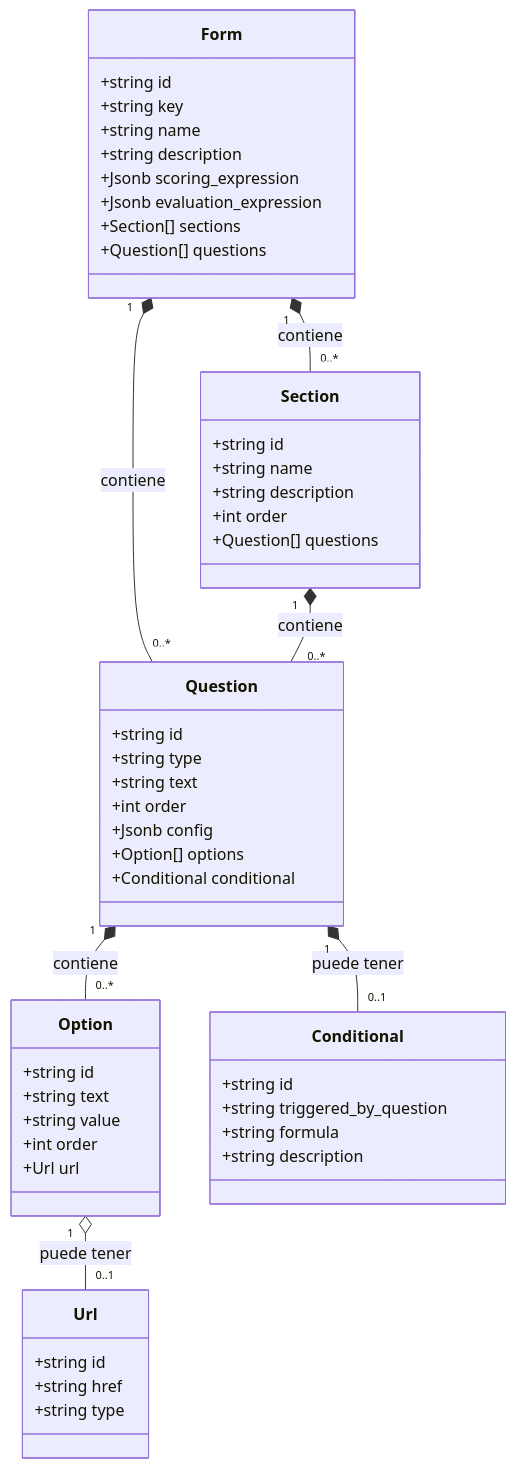
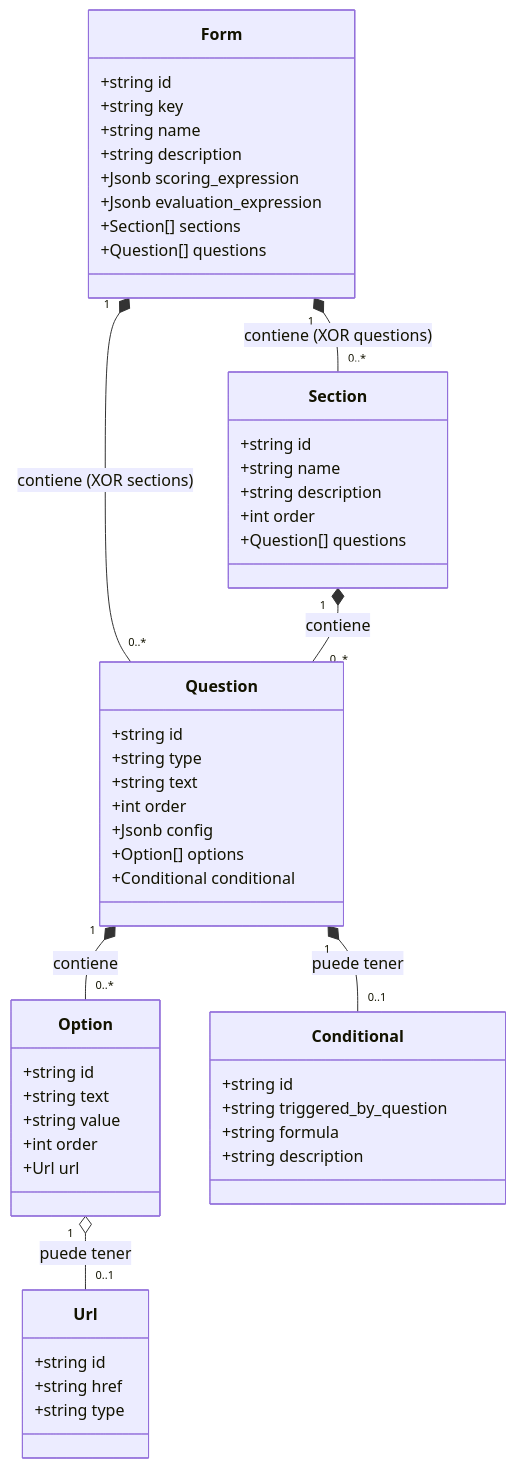
One commit to m4ck-y/dh_docs changed the diagram in features/questionnaires/catalog/CLASS.mmd. Above: the diagram before and after it, drawn with Mermaid. The commit also changed 9 other files, not shown here.

First line of the commit message:
docs(questionnaires): define sections contract and make form composition exclusive

```diff
--- a/features/questionnaires/catalog/CLASS.mmd
+++ b/features/questionnaires/catalog/CLASS.mmd
@@ -1,73 +1,78 @@
 classDiagram
     %% ===============================================================
     %% Vista de documentos (MongoDB) del catalogo.
     %% Se EXCLUYEN las entidades/clases puente (questions_form,
     %% questions_section): en un modelo documental la relacion se EMBEBE
     %% dentro del documento padre.
     %% Por eso el 'order' de la pregunta vive en Question (aqui), a
     %% diferencia del ERD relacional, donde el orden pertenece a la puente.
     %% Question es un subdocumento con 'id' (referencia estable), embebido
     %% dentro de Form y Section.
+    %%
+    %% INVARIANTE DE COMPOSICION (ver ADR 038): Form se compone de
+    %% 'questions' (preguntas directas) O de 'sections', NUNCA de ambas.
+    %% La exclusividad la valida la capa de aplicacion.
     %% ===============================================================
 
     class Form {
         +string id
         +string key
         +string name
         +string description
         +Jsonb scoring_expression
         +Jsonb evaluation_expression
+        %% XOR: o 'sections' o 'questions', nunca ambos (ver ADR 038)
         +Section[] sections
         +Question[] questions
     }
 
     class Section {
         +string id
         +string name
         +string description
         +int order
         +Question[] questions
     }
 
     class Question {
         +string id
         +string type
         +string text
         +int order
         +Jsonb config
         +Option[] options
         +Conditional conditional
     }
 
     %% Question.config: JSONB nullable, forma segun Question.type
     %% (ver catalog/question_types/). Incluye "required" y parametros del tipo.
     %% Question.order: aqui SI vive el orden (subdocumento embebido);
     %% en el ERD el orden vive en la puente (ver ERD.mmd).
 
     class Option {
         +string id
         +string text
         +string value
         +int order
         +Url url
     }
 
     class Conditional {
         +string id
         +string triggered_by_question
         +string formula
         +string description
     }
 
     class Url {
         +string id
         +string href
         +string type
     }
 
-    Form "1" *-- "0..*" Section : contiene
-    Form "1" *-- "0..*" Question : contiene
+    Form "1" *-- "0..*" Section : contiene (XOR questions)
+    Form "1" *-- "0..*" Question : contiene (XOR sections)
     Section "1" *-- "0..*" Question : contiene
     Question "1" *-- "0..*" Option : contiene
     Question "1" *-- "0..1" Conditional : puede tener
     Option "1" o-- "0..1" Url : puede tener
```
